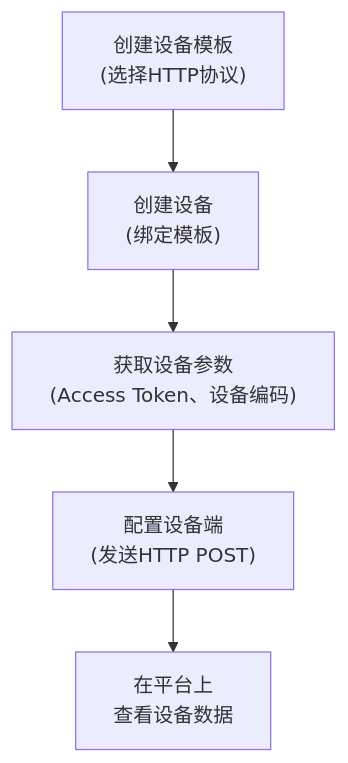
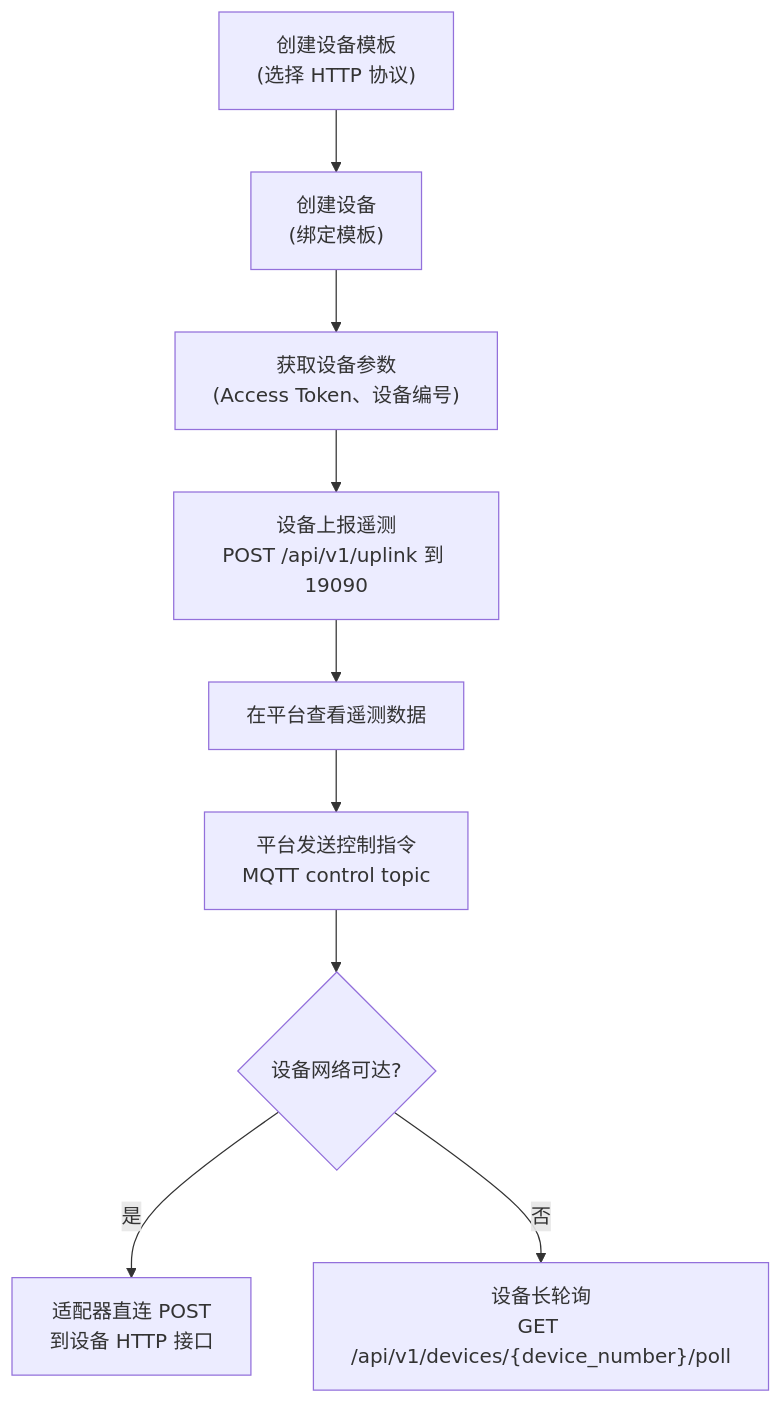
One commit to ThingsPanel/thingspanel.github.io changed the diagram in i18n/zh-Hans/docusaurus-plugin-content-docs/current/device-connectivity/http.md. Above: the diagram before and after it, drawn with Mermaid. The commit also changed other lines of this file and 7 other files, not shown here.

````diff
--- a/i18n/zh-Hans/docusaurus-plugin-content-docs/current/device-connectivity/http.md
+++ b/i18n/zh-Hans/docusaurus-plugin-content-docs/current/device-connectivity/http.md
@@ -19,7 +33,11 @@
 ```mermaid
 graph TD
-    A["创建设备模板<br/>(选择HTTP协议)"] --> B["创建设备<br/>(绑定模板)"]
-    B --> C["获取设备参数<br/>(Access Token、设备编码)"]
-    C --> D["配置设备端<br/>(发送HTTP POST)"]
-    D --> E["在平台上<br/>查看设备数据"]
+    A["创建设备模板<br/>(选择 HTTP 协议)"] --> B["创建设备<br/>(绑定模板)"]
+    B --> C["获取设备参数<br/>(Access Token、设备编号)"]
+    C --> D["设备上报遥测<br/>POST /api/v1/uplink 到 19090"]
+    D --> E["在平台查看遥测数据"]
+    E --> F["平台发送控制指令<br/>MQTT control topic"]
+    F --> G{"设备网络可达?"}
+    G -->|是| H["适配器直连 POST<br/>到设备 HTTP 接口"]
+    G -->|否| I["设备长轮询<br/>GET /api/v1/devices/{device_number}/poll"]
 ```
````
